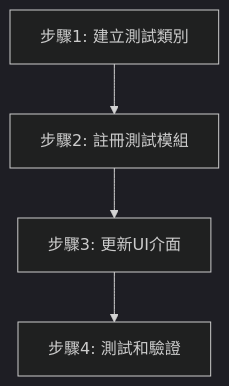
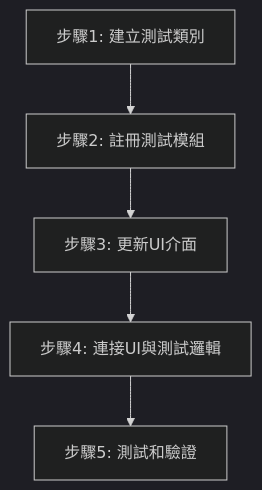
Before and after one commit to MingYuan-Chen/orion_v2: the tenth of 10 diagrams in orion_developer_document.md, drawn with Mermaid (dark theme). The commit also changed other lines of this file and 2 other files, not shown here.

````diff
--- a/orion_developer_document.md
+++ b/orion_developer_document.md
@@ -453,11 +453,13 @@
 ```mermaid
 graph TD
     A[步驟1: 建立測試類別]
     B[步驟2: 註冊測試模組]
     C[步驟3: 更新UI介面]
-    D[步驟4: 測試和驗證]
+    D[步驟4: 連接UI與測試邏輯]
+    E[步驟5: 測試和驗證]
     
     A --> B
     B --> C
     C --> D
+    D --> E
 ```
````
